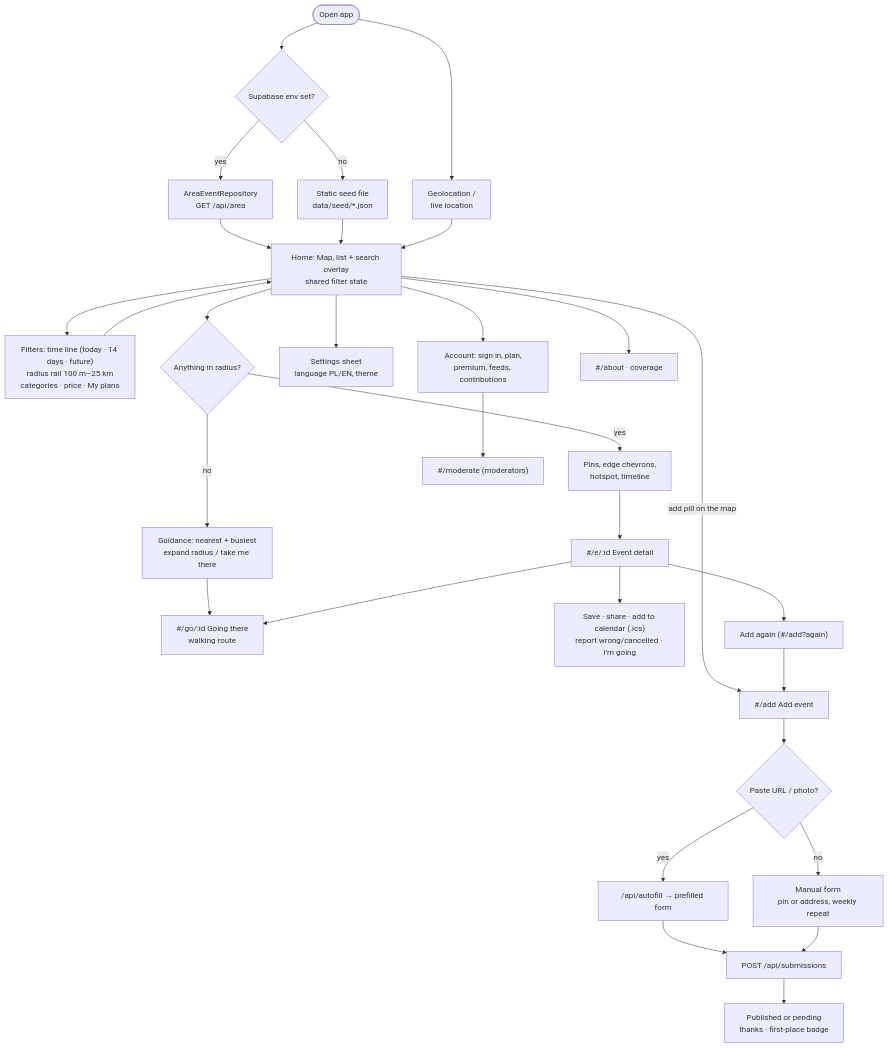
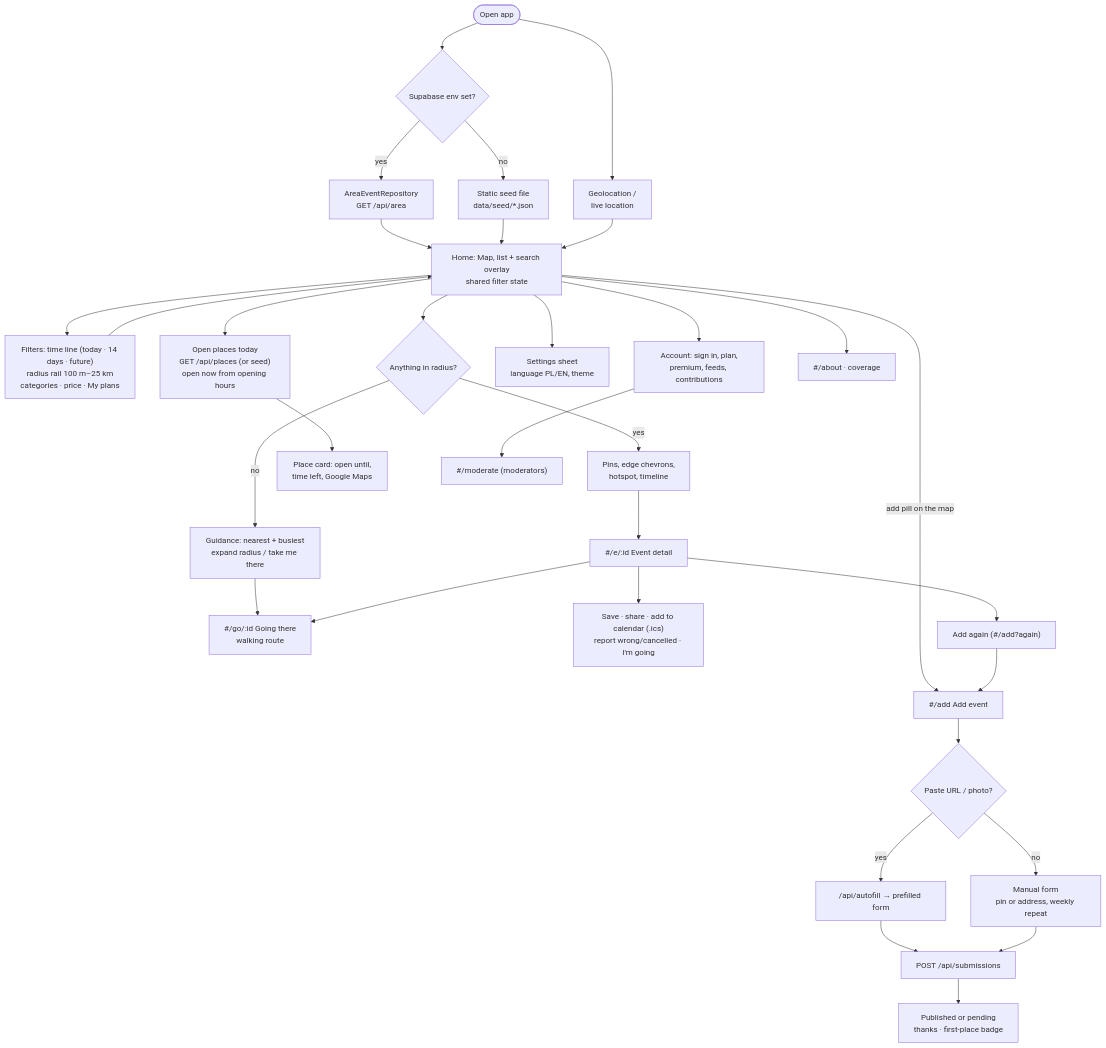
The fourth of 4 diagrams in docs/ARCHITECTURE.md (PriamSinbob/Happow), drawn with Mermaid before and after one commit. The commit also changed other lines of this file and 31 other files, not shown here.

First line of the commit message:
Open places on the map: restaurants, pubs, galleries while they are open

````diff
--- a/docs/ARCHITECTURE.md
+++ b/docs/ARCHITECTURE.md
@@ -155,32 +156,34 @@
 ```mermaid
 flowchart TB
   OPEN(["Open app"]) --> REPO{"Supabase env set?"}
   REPO -- yes --> AREAR["AreaEventRepository<br/>GET /api/area"]
   REPO -- no --> SEED["Static seed file<br/>data/seed/*.json"]
   AREAR --> HOME
   SEED --> HOME
   OPEN --> LOC["Geolocation /<br/>live location"] --> HOME
   HOME["Home: Map, list + search overlay<br/>shared filter state"]
   HOME --> F["Filters: time line (today · 14 days · future)<br/>radius rail 100 m–25 km<br/>categories · price · My plans"]
   F --> HOME
   HOME --> EMPTY{"Anything in radius?"}
   EMPTY -- no --> GUIDE["Guidance: nearest + busiest<br/>expand radius / take me there"]
   EMPTY -- yes --> PINS["Pins, edge chevrons,<br/>hotspot, timeline"]
+  HOME --> OPENP["Open places today<br/>GET /api/places (or seed)<br/>open now from opening hours"]
+  OPENP --> PCARD["Place card: open until,<br/>time left, Google Maps"]
   HOME --> SET["Settings sheet<br/>language PL/EN, theme"]
   HOME --> ACC["Account: sign in, plan,<br/>premium, feeds, contributions"]
   PINS --> DET["#/e/:id Event detail"]
   GUIDE --> GO
   DET --> GO["#/go/:id Going there<br/>walking route"]
   DET --> ACT["Save · share · add to calendar (.ics)<br/>report wrong/cancelled · I'm going"]
   DET --> AGAIN["Add again (#/add?again)"]
   HOME -- "add pill on the map" --> ADD["#/add Add event"]
   AGAIN --> ADD
   ADD --> PASTE{"Paste URL / photo?"}
   PASTE -- yes --> AUTOF["/api/autofill → prefilled form"]
   PASTE -- no --> MAN["Manual form<br/>pin or address, weekly repeat"]
   AUTOF --> SUBMIT["POST /api/submissions"]
   MAN --> SUBMIT
   SUBMIT --> THANK["Published or pending<br/>thanks · first-place badge"]
   ACC --> MODR["#/moderate (moderators)"]
   HOME --> ABOUT["#/about · coverage"]
 ```
````
